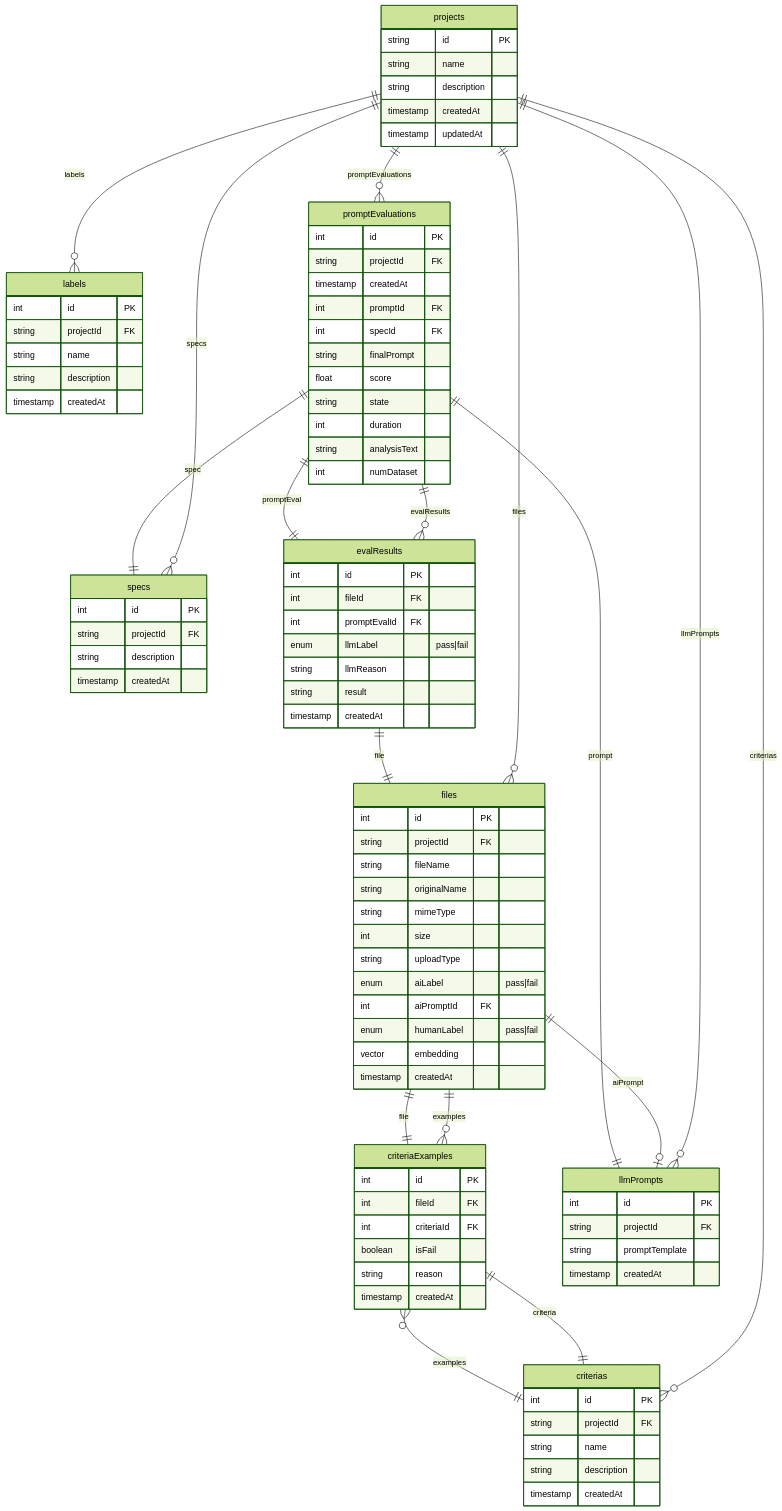
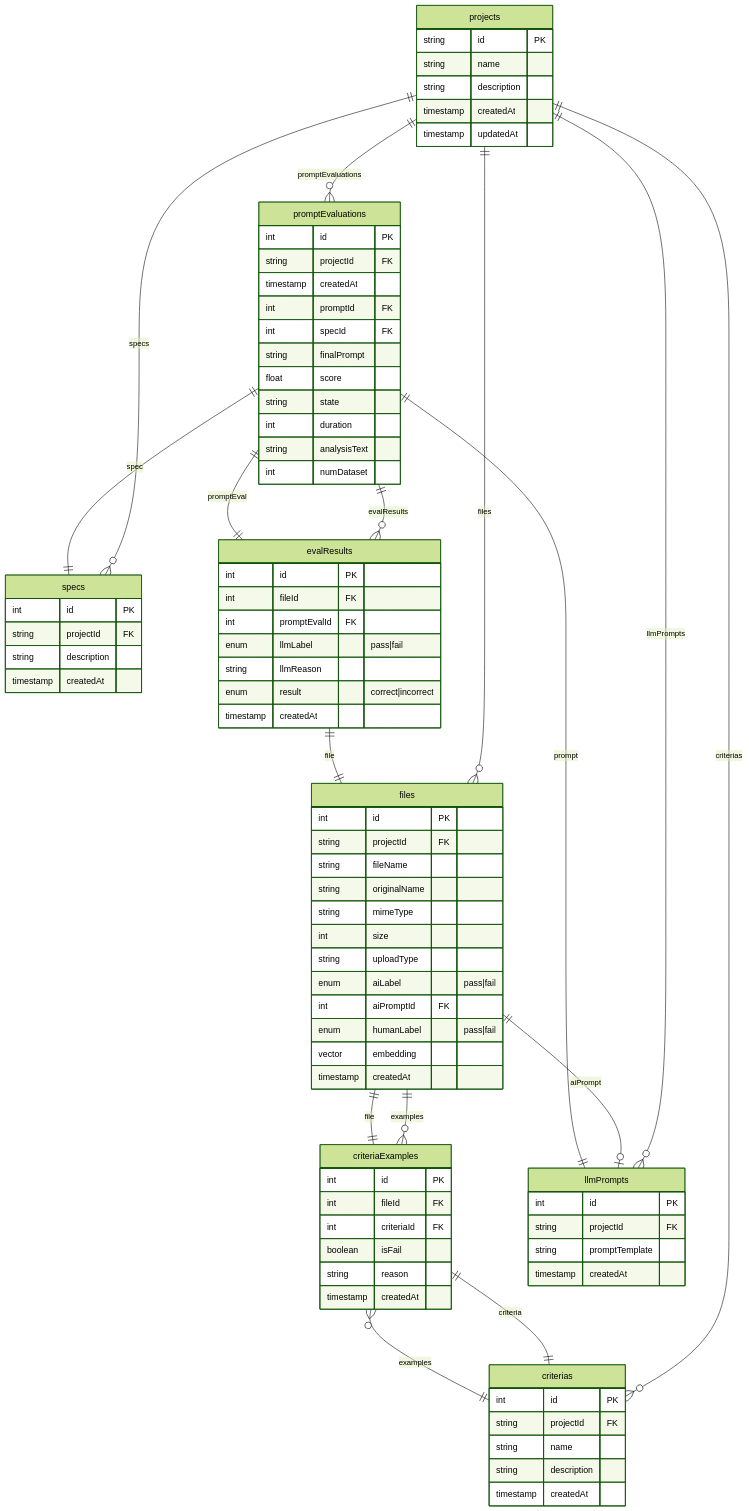
The diagram in README.md (msrks/llmbox), drawn with Mermaid (forest theme) before and after one commit.

Commit message:
Remove labels table and update ER diagram
- Remove `labels` table from database schema
- Update ER diagram to reflect removal of labels feature
- Modify project relations to remove labels association
- Adjust result column type in related tables to use enum

```diff
--- a/README.md
+++ b/README.md
@@ -56,13 +56,6 @@
         int aiPromptId FK
         enum humanLabel "pass|fail"
         vector embedding
-        timestamp createdAt
-    }
-    labels {
-        int id PK
-        string projectId FK
-        string name
-        string description
         timestamp createdAt
     }
     criterias {
@@ -111,12 +104,11 @@
         int promptEvalId FK
         enum llmLabel "pass|fail"
         string llmReason
-        string result
+        enum result "correct|incorrect"
         timestamp createdAt
     }
 
     projects ||--o{ files : "files"
-    projects ||--o{ labels : "labels"
     projects ||--o{ criterias : "criterias"
     projects ||--o{ llmPrompts : "llmPrompts"
     projects ||--o{ specs : "specs"
```
